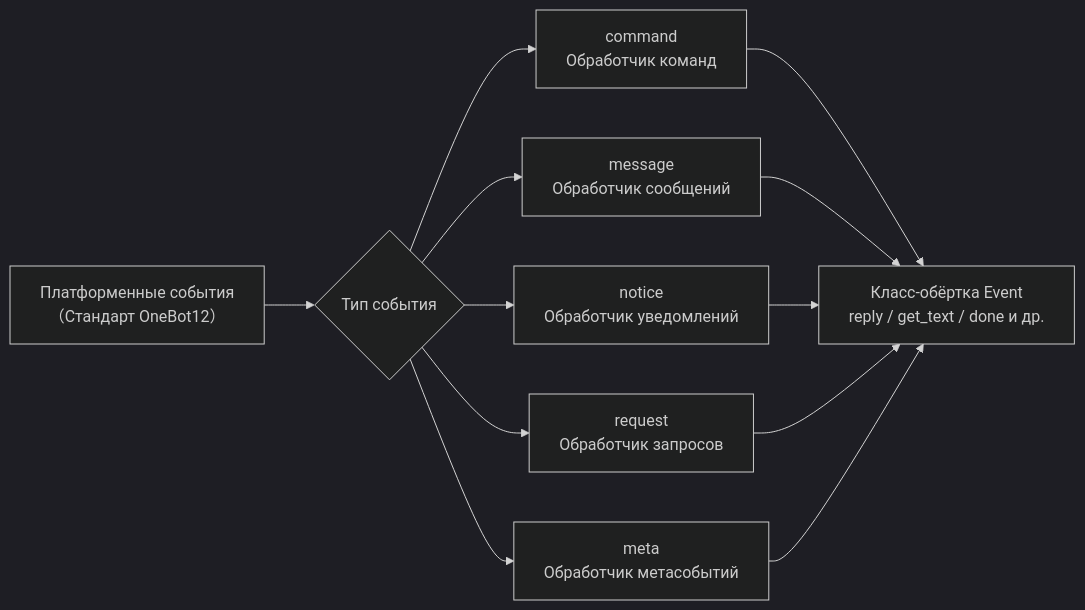
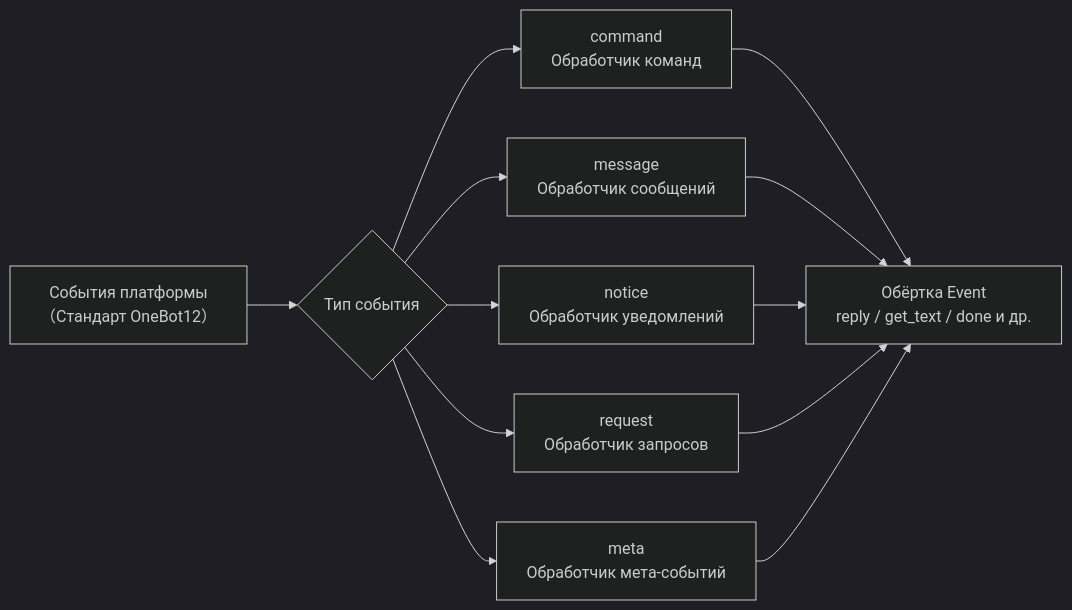
The diagram in docs/ru/api-reference/event-system.md (ErisPulse/ErisPulse), drawn with Mermaid (dark theme) before and after one commit. The commit also changed other lines of this file and 31 other files, not shown here.

````diff
--- a/docs/ru/api-reference/event-system.md
+++ b/docs/ru/api-reference/event-system.md
@@ -7,10 +7,10 @@
 ```mermaid
 flowchart LR
-    A["Платформенные события<br/>（Стандарт OneBot12）"] --> B{"Тип события"}
+    A["События платформы<br/>（Стандарт OneBot12）"] --> B{"Тип события"}
     B --> C["command<br/>Обработчик команд"]
     B --> D["message<br/>Обработчик сообщений"]
     B --> E["notice<br/>Обработчик уведомлений"]
     B --> F["request<br/>Обработчик запросов"]
-    B --> G["meta<br/>Обработчик метасобытий"]
-    C & D & E & F & G --> H["Класс-обёртка Event<br/>reply / get_text / done и др."]
+    B --> G["meta<br/>Обработчик мета-событий"]
+    C & D & E & F & G --> H["Обёртка Event<br/>reply / get_text / done и др."]
 ```
````
